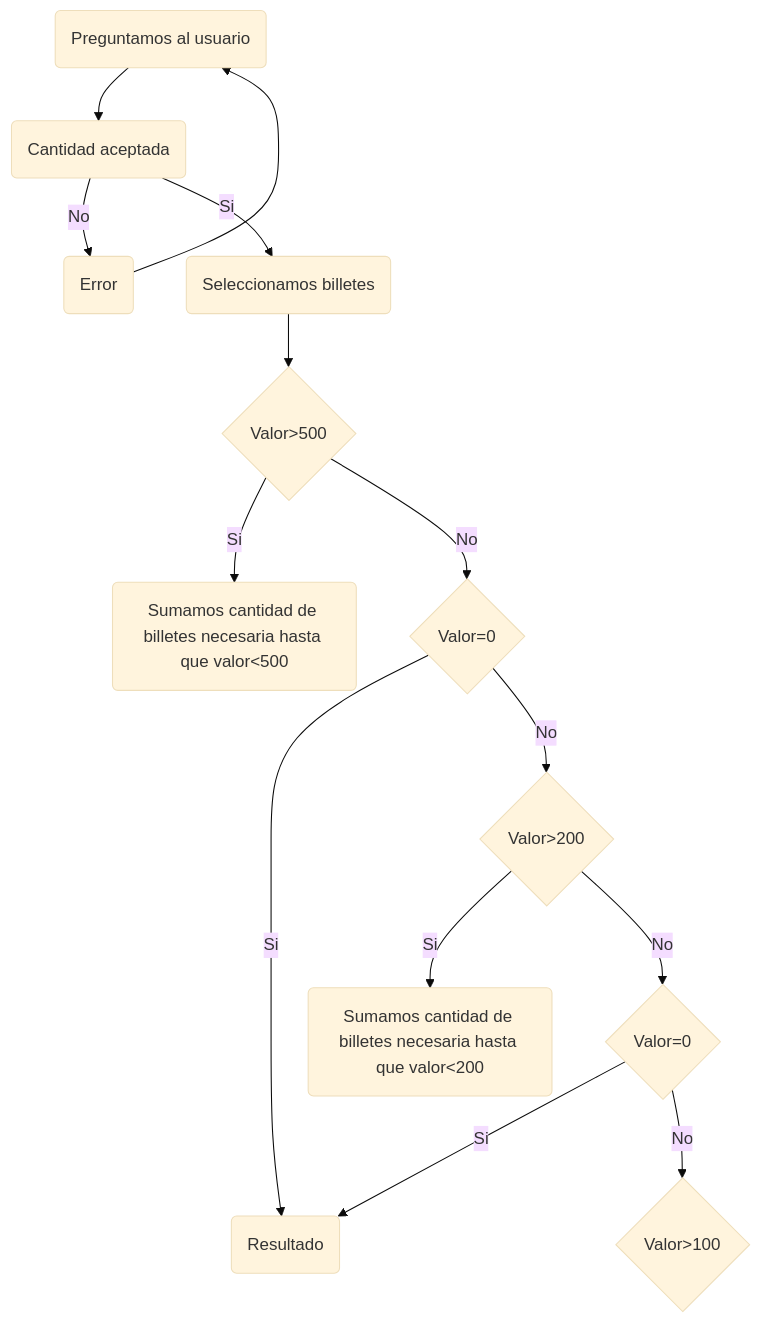
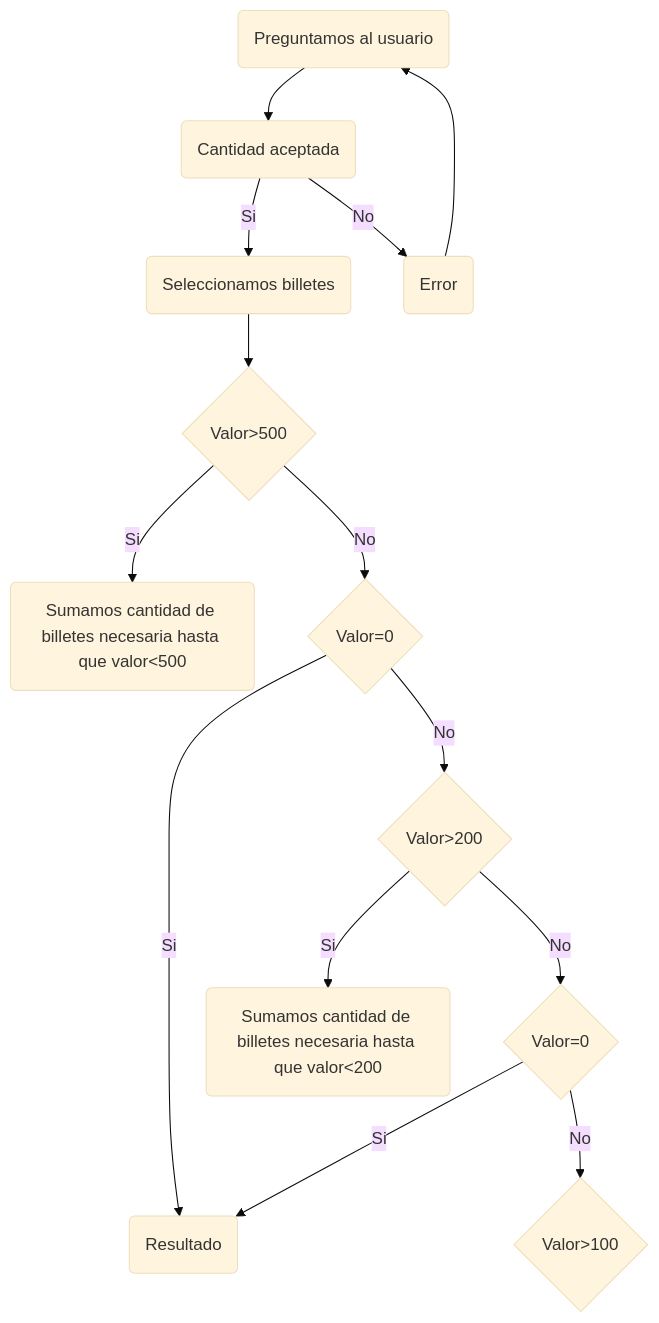
The first of 2 diagrams in README.md (PachecoASIR/Diagramas), drawn with Mermaid (base theme) before and after one commit. The commit also changed other lines of this file, not shown here.

````diff
--- a/README.md
+++ b/README.md
@@ -9,16 +9,16 @@
 ```mermaid
 graph TD
     A(Preguntamos al usuario) -->B(Cantidad aceptada)
+    B -->|Si| C(Seleccionamos billetes)
     B -->|No| D(Error)
-    B -->|Si| C(Seleccionamos billetes)
     D --> A
     C --> E{Valor>500}
     E -->|Si| F(Sumamos cantidad de billetes necesaria hasta que valor<500)
     E -->|No| G{Valor=0}
     G -->|Si| Z(Resultado)
     G -->|No| H{Valor>200}
     H -->|Si| I(Sumamos cantidad de billetes necesaria hasta que valor<200)
     H -->|No| J{Valor=0}
     J -->|Si| Z(Resultado)
     J -->|No| K{Valor>100}
 ```
````
